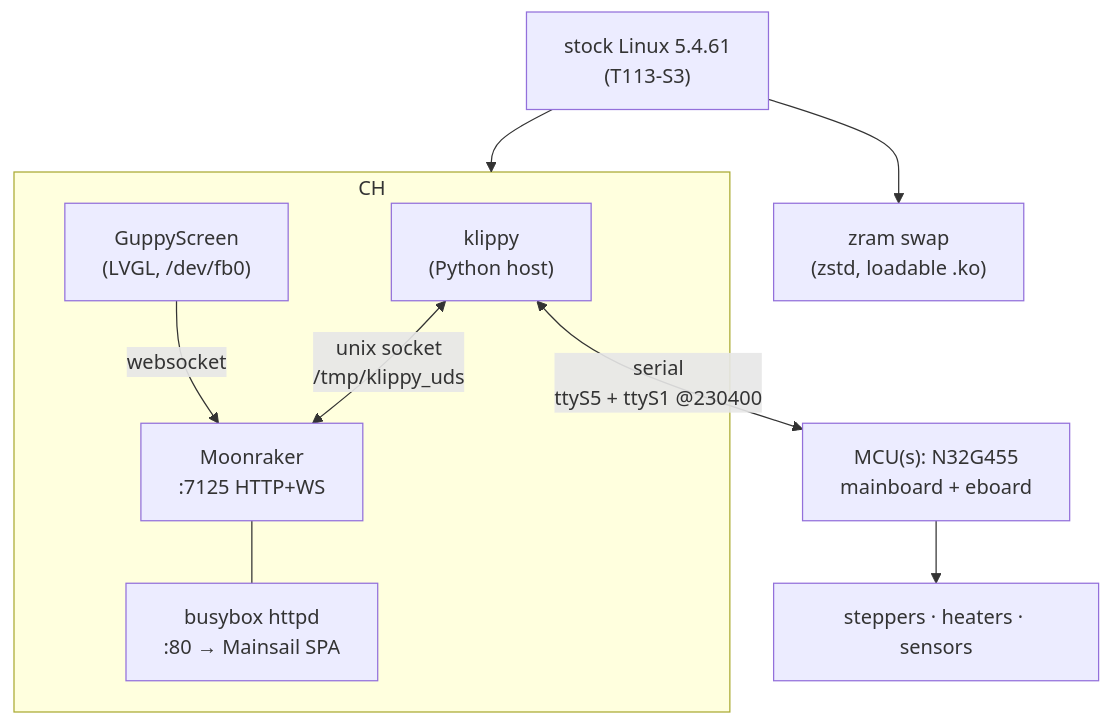
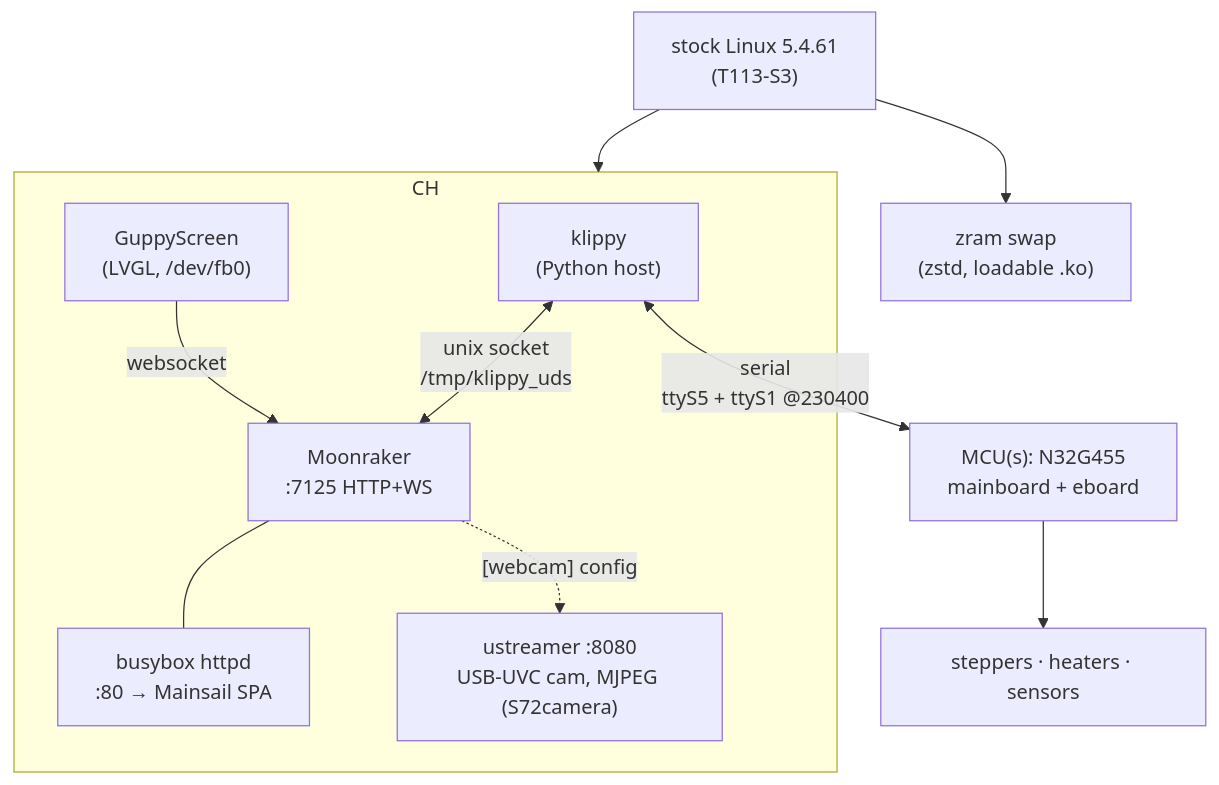
The second of 3 diagrams in docs/architecture.md (maci0/reforge), drawn with Mermaid before and after one commit. The commit also changed other lines of this file and 12 other files, not shown here.

````diff
--- a/docs/architecture.md
+++ b/docs/architecture.md
@@ -38,16 +38,18 @@
 ```mermaid
 flowchart TB
     K["stock Linux 5.4.61<br/>(T113-S3)"] --> Z["zram swap<br/>(zstd, loadable .ko)"]
     K --> CH["/data/.mod/.reforge chroot<br/>(glibc, Thumb-2)"]
     subgraph CH
         KL["klippy<br/>(Python host)"]
         MO["Moonraker<br/>:7125 HTTP+WS"]
         HT["busybox httpd<br/>:80 → Mainsail SPA"]
         GS["GuppyScreen<br/>(LVGL, /dev/fb0)"]
+        CAM["ustreamer :8080<br/>USB-UVC cam, MJPEG (S72camera)"]
     end
     KL <-->|"unix socket<br/>/tmp/klippy_uds"| MO
     MO --- HT
+    MO -.->|"[webcam] config"| CAM
     GS -->|websocket| MO
     KL <-->|"serial<br/>ttyS5 + ttyS1 @230400"| MCU["MCU(s): N32G455<br/>mainboard + eboard"]
     MCU --> HW["steppers · heaters · sensors"]
 ```
````
